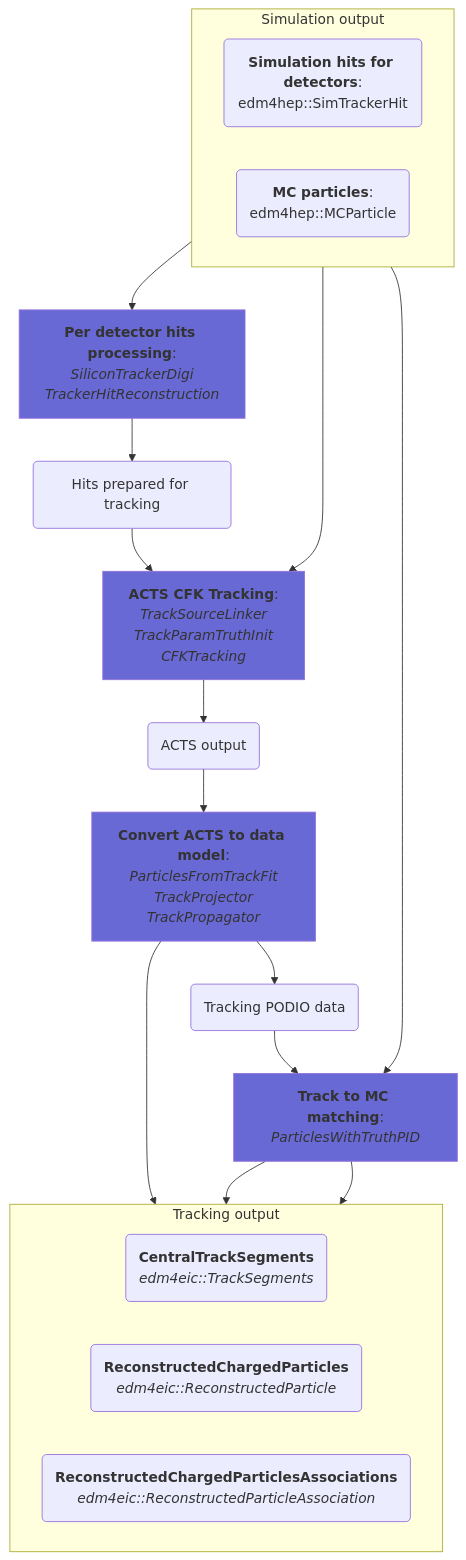
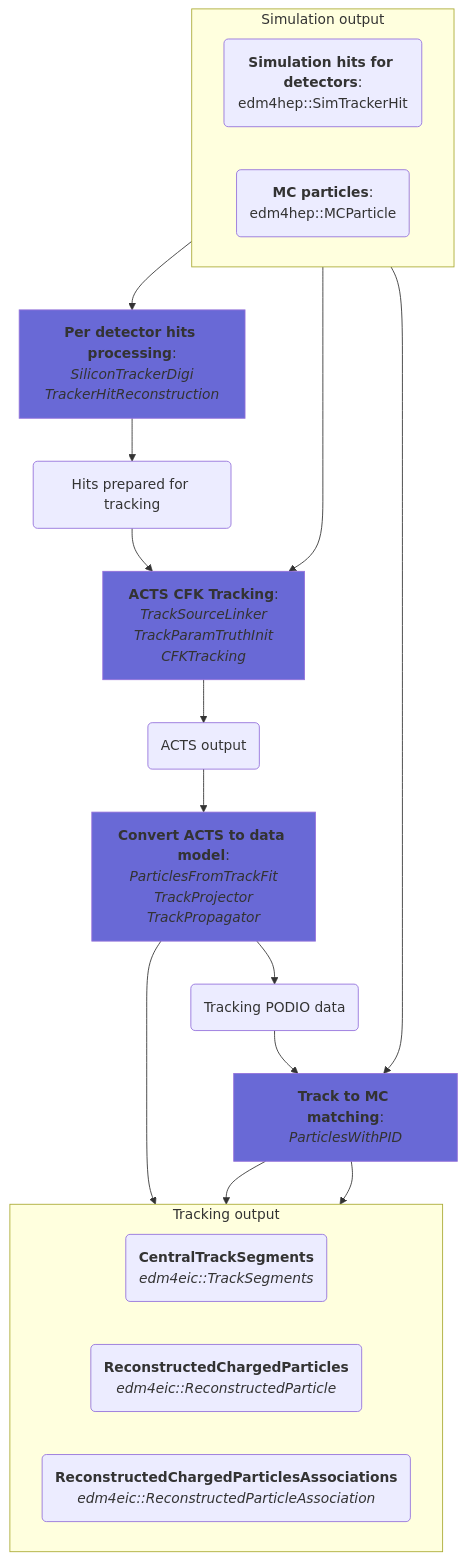
One commit to eic/EICrecon changed the first of 2 diagrams in docs/design/tracking.md. Above: the diagram before and after it, drawn with Mermaid. The commit also changed other lines of this file and 3 other files, not shown here.

````diff
--- a/docs/design/tracking.md
+++ b/docs/design/tracking.md
@@ -3,36 +3,36 @@
 ```mermaid
 flowchart TB
   classDef alg fill:#44cc;
   classDef col fill:#cc66ff;
   subgraph Simulation output
     direction LR
     SimHits(<strong>Simulation hits for detectors</strong>:<br/>edm4hep::SimTrackerHit)
     MCParticles(<strong>MC particles</strong>:<br/>edm4hep::MCParticle)
   end
 
   SimHits --> HitsReco[<strong>Per detector hits processing</strong>:<br/><i>SiliconTrackerDigi</i><br><i>TrackerHitReconstruction</i>]:::alg
   HitsReco --> Hits(Hits prepared for tracking)
 
   Hits --> CKFTracking[<strong>ACTS CFK Tracking</strong>:<br/><i>TrackSourceLinker</i><br><i>TrackParamTruthInit</i><br><i>CFKTracking</i>]:::alg
   MCParticles --> CKFTracking
 
   CKFTracking --> ACTSOutput(ACTS output)
 
   ACTSOutput --> ACTSToModel[<strong>Convert ACTS to data model</strong>:<br/><i>ParticlesFromTrackFit</i><br><i>TrackProjector</i><br><i>TrackPropagator</i>]:::alg
 
   ACTSToModel --> TrackingModel(Tracking PODIO data)
 
-  TrackingModel --> ParticlesWithTruthPID:::alg
-  MCParticles --> ParticlesWithTruthPID[<strong>Track to MC matching</strong>:<br/><i>ParticlesWithTruthPID</i>]
+  TrackingModel --> ParticlesWithPID:::alg
+  MCParticles --> ParticlesWithPID[<strong>Track to MC matching</strong>:<br/><i>ParticlesWithPID</i>]
   ACTSToModel --> CentralTrackSegments
 
-  ParticlesWithTruthPID --> ReconstructedChargedParticles
-  ParticlesWithTruthPID --> ReconstructedChargedParticlesAssociations
+  ParticlesWithPID --> ReconstructedChargedParticles
+  ParticlesWithPID --> ReconstructedChargedParticlesAssociations
 
   subgraph Tracking output
     direction LR
     CentralTrackSegments(<strong>CentralTrackSegments</strong><br/><i>edm4eic::TrackSegments</i>)
     ReconstructedChargedParticles(<strong>ReconstructedChargedParticles</strong><br/><i>edm4eic::ReconstructedParticle</i>)
     ReconstructedChargedParticlesAssociations(<strong>ReconstructedChargedParticlesAssociations</strong><br/><i>edm4eic::ReconstructedParticleAssociation</i>)
   end
 ```
````
